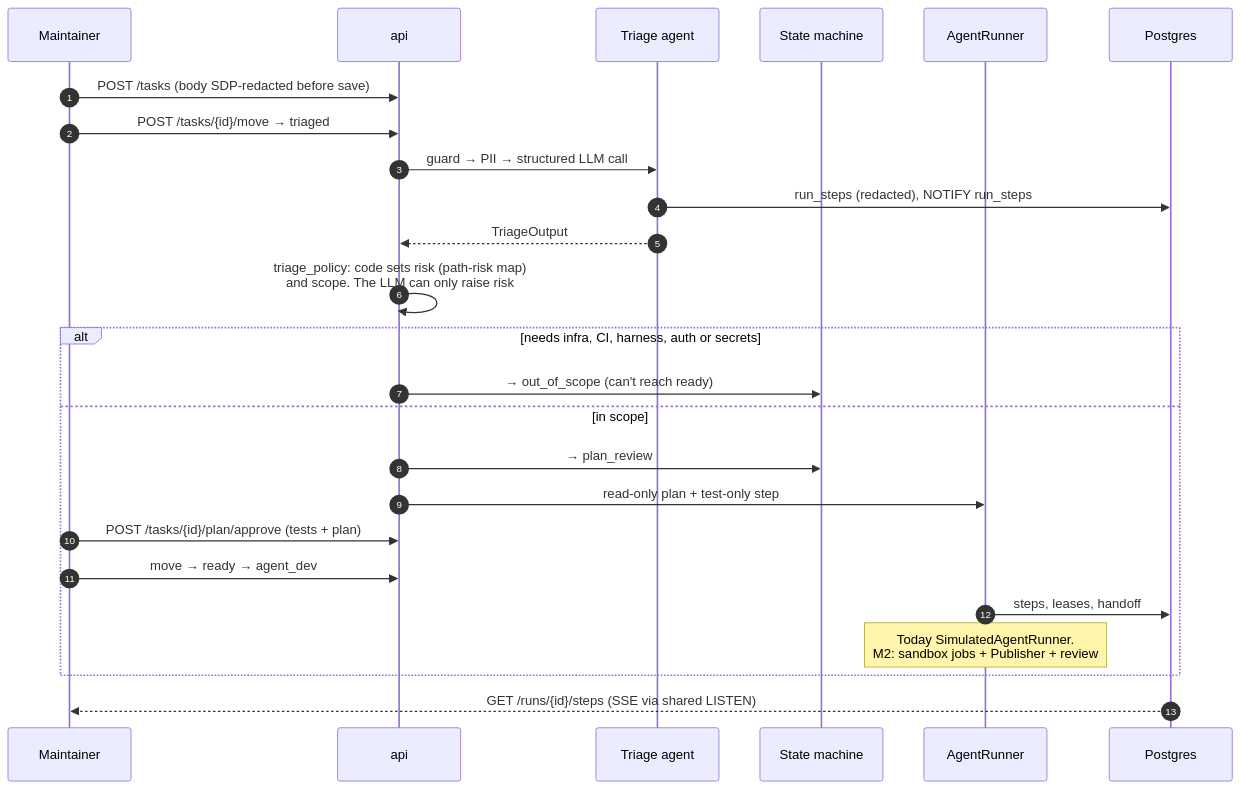
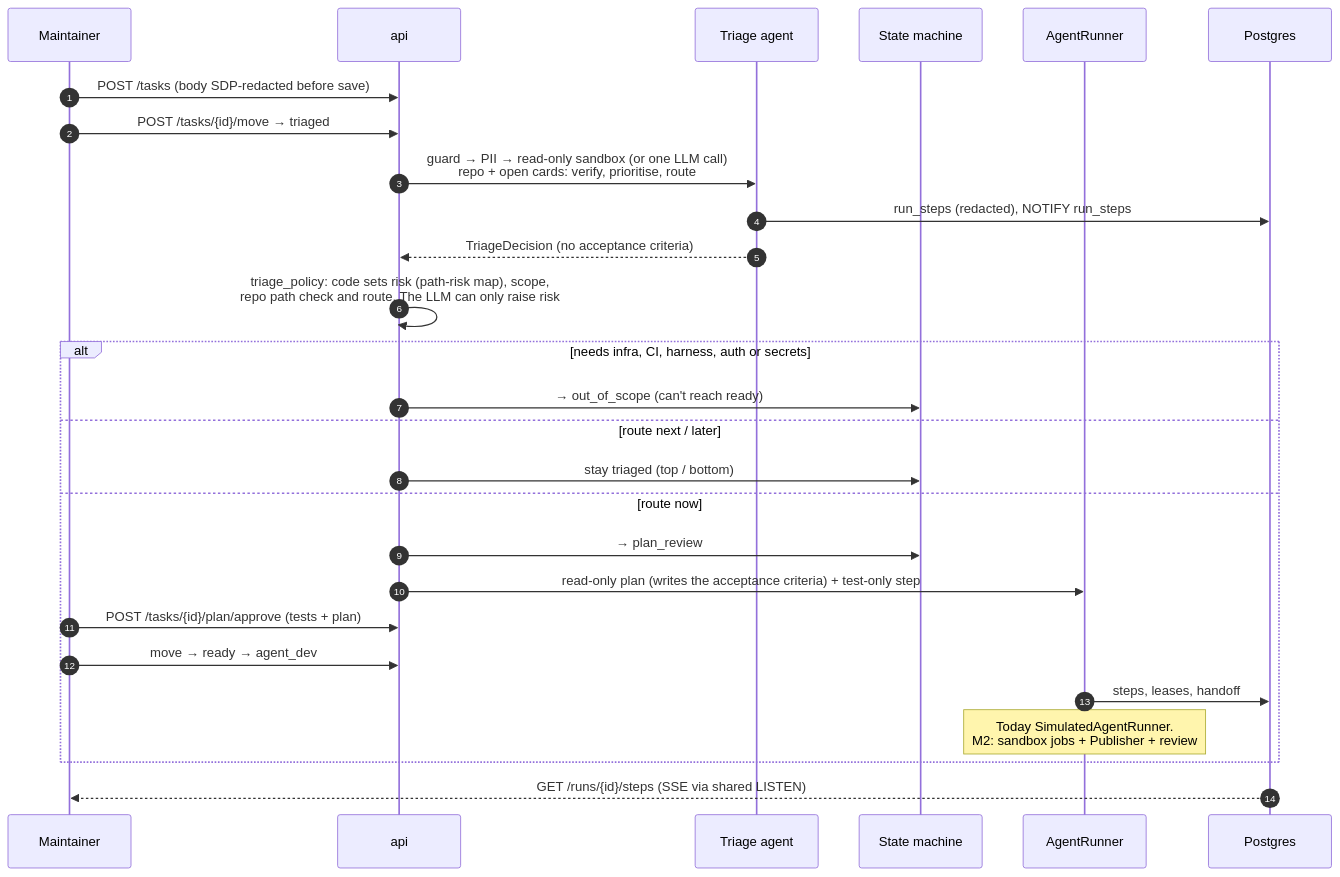
One commit to ed-laurence/job-radar changed the fourth of 5 diagrams in docs/architecture.md. Above: the diagram before and after it, drawn with Mermaid. The commit also changed other lines of this file and 152 other files, not shown here.

````diff
--- a/docs/architecture.md
+++ b/docs/architecture.md
@@ -274,28 +300,30 @@
 ```mermaid
 sequenceDiagram
     autonumber
     participant M as Maintainer
     participant A as api
     participant T as Triage agent
     participant SM as State machine
     participant R as AgentRunner
     participant DB as Postgres
 
     M->>A: POST /tasks (body SDP-redacted before save)
     M->>A: POST /tasks/{id}/move → triaged
-    A->>T: guard → PII → structured LLM call
+    A->>T: guard → PII → read-only sandbox (or one LLM call)<br/>repo + open cards: verify, prioritise, route
     T->>DB: run_steps (redacted), NOTIFY run_steps
-    T-->>A: TriageOutput
-    A->>A: triage_policy: code sets risk (path-risk map)<br/>and scope. The LLM can only raise risk
+    T-->>A: TriageDecision (no acceptance criteria)
+    A->>A: triage_policy: code sets risk (path-risk map), scope,<br/>repo path check and route. The LLM can only raise risk
     alt needs infra, CI, harness, auth or secrets
         A->>SM: → out_of_scope (can't reach ready)
-    else in scope
+    else route next / later
+        A->>SM: stay triaged (top / bottom)
+    else route now
         A->>SM: → plan_review
-        A->>R: read-only plan + test-only step
+        A->>R: read-only plan (writes the acceptance criteria) + test-only step
         M->>A: POST /tasks/{id}/plan/approve (tests + plan)
         M->>A: move → ready → agent_dev
         R->>DB: steps, leases, handoff
         Note over R: Today SimulatedAgentRunner.<br/>M2: sandbox jobs + Publisher + review
     end
     DB-->>M: GET /runs/{id}/steps (SSE via shared LISTEN)
 ```
````
